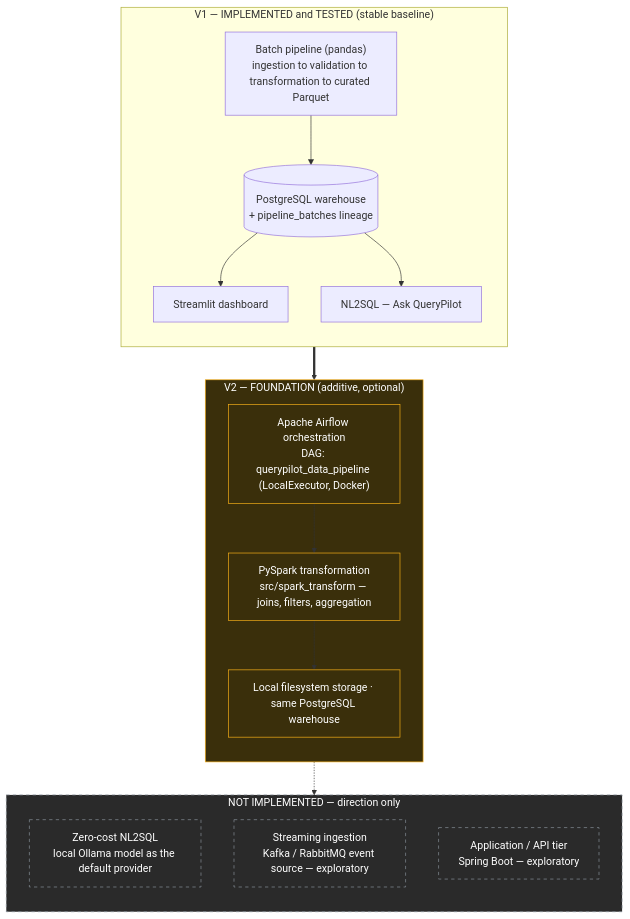
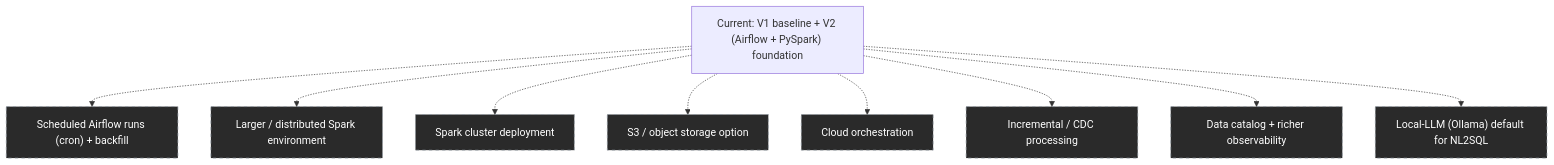
Before and after one commit to the-illuminatus/QueryPilot-DataEngineering: diagram 12 of 12 in README.md, drawn with Mermaid. The commit also changed other lines of this file, not shown here.

Commit message:
docs: finalize Airflow and PySpark architecture README

````diff
--- a/README.md
+++ b/README.md
@@ -622,36 +798,15 @@
 ```mermaid
 flowchart TD
-    subgraph V1["V1 — IMPLEMENTED and TESTED (stable baseline)"]
-        direction TB
-        DE["Batch pipeline (pandas)<br/>ingestion to validation to transformation to curated Parquet"]
-        WH[("PostgreSQL warehouse<br/>+ pipeline_batches lineage")]
-        DASH["Streamlit dashboard"]
-        NL["NL2SQL — Ask QueryPilot"]
-        DE --> WH
-        WH --> DASH
-        WH --> NL
-    end
+    NOW["Current: V1 baseline + V2 (Airflow + PySpark) foundation"]
+    NOW -.-> F1["Scheduled Airflow runs (cron) + backfill"]
+    NOW -.-> F2["Larger / distributed Spark environment"]
+    NOW -.-> F3["Spark cluster deployment"]
+    NOW -.-> F4["S3 / object storage option"]
+    NOW -.-> F5["Cloud orchestration"]
+    NOW -.-> F6["Incremental / CDC processing"]
+    NOW -.-> F7["Data catalog + richer observability"]
+    NOW -.-> F8["Local-LLM (Ollama) default for NL2SQL"]
 
-    subgraph V2["V2 — FOUNDATION (additive, optional)"]
-        direction TB
-        G1["Apache Airflow orchestration<br/>DAG: querypilot_data_pipeline (LocalExecutor, Docker)"]
-        G2["PySpark transformation<br/>src/spark_transform — joins, filters, aggregation"]
-        G3["Local filesystem storage · same PostgreSQL warehouse"]
-        G1 --> G2 --> G3
-    end
-
-    subgraph FUT["NOT IMPLEMENTED — direction only"]
-        direction TB
-        F3["Zero-cost NL2SQL<br/>local Ollama model as the default provider"]
-        F4["Streaming ingestion<br/>Kafka / RabbitMQ event source — exploratory"]
-        F5["Application / API tier<br/>Spring Boot — exploratory"]
-    end
-
-    V1 ==> V2
-    V2 -.-> FUT
-
-    classDef v2 fill:#3a2f0b,stroke:#fab219,color:#fff
     classDef future fill:#2a2a2a,stroke:#8b949e,color:#fff,stroke-dasharray: 5 5
-    class V2,G1,G2,G3 v2
-    class FUT,F3,F4,F5 future
+    class F1,F2,F3,F4,F5,F6,F7,F8 future
 ```
````
